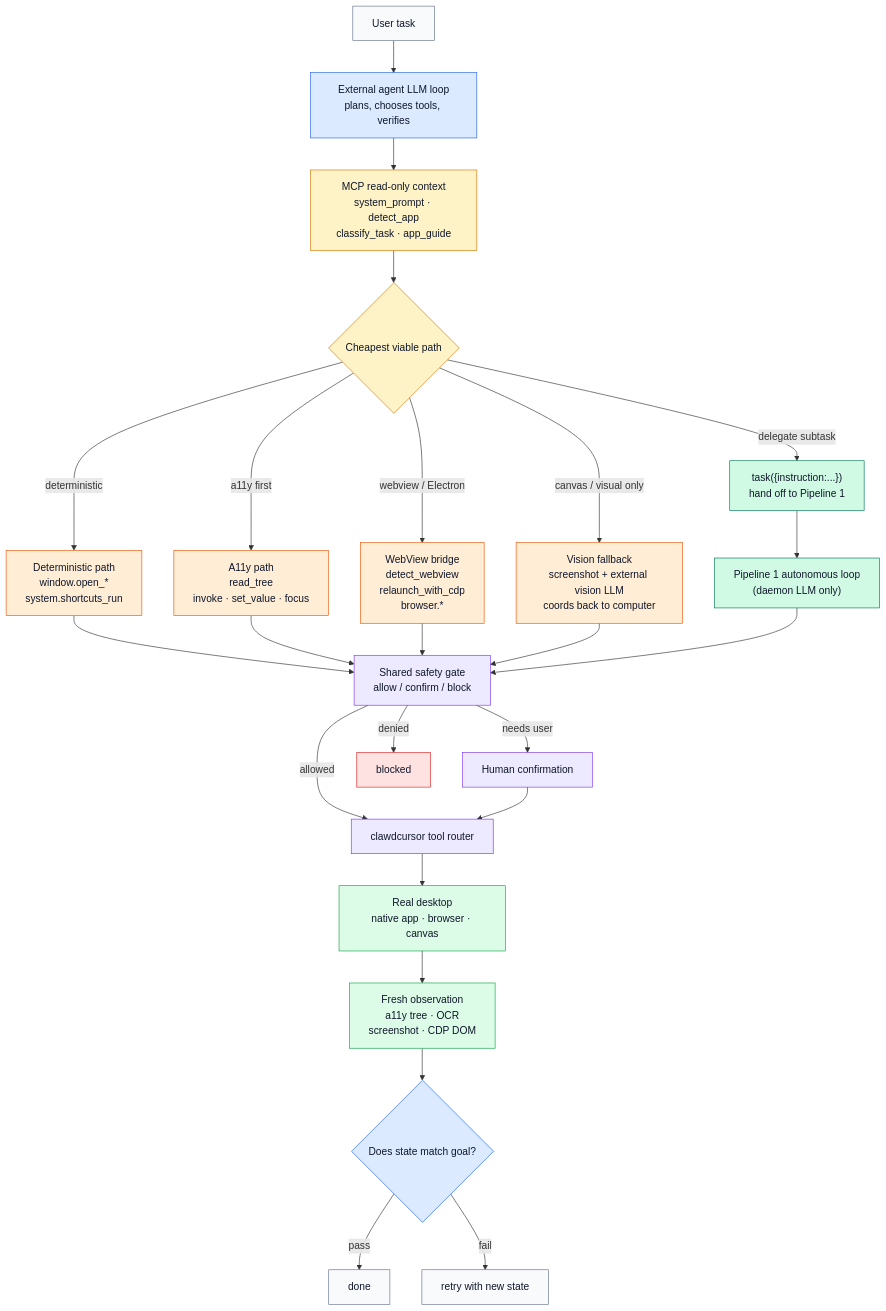
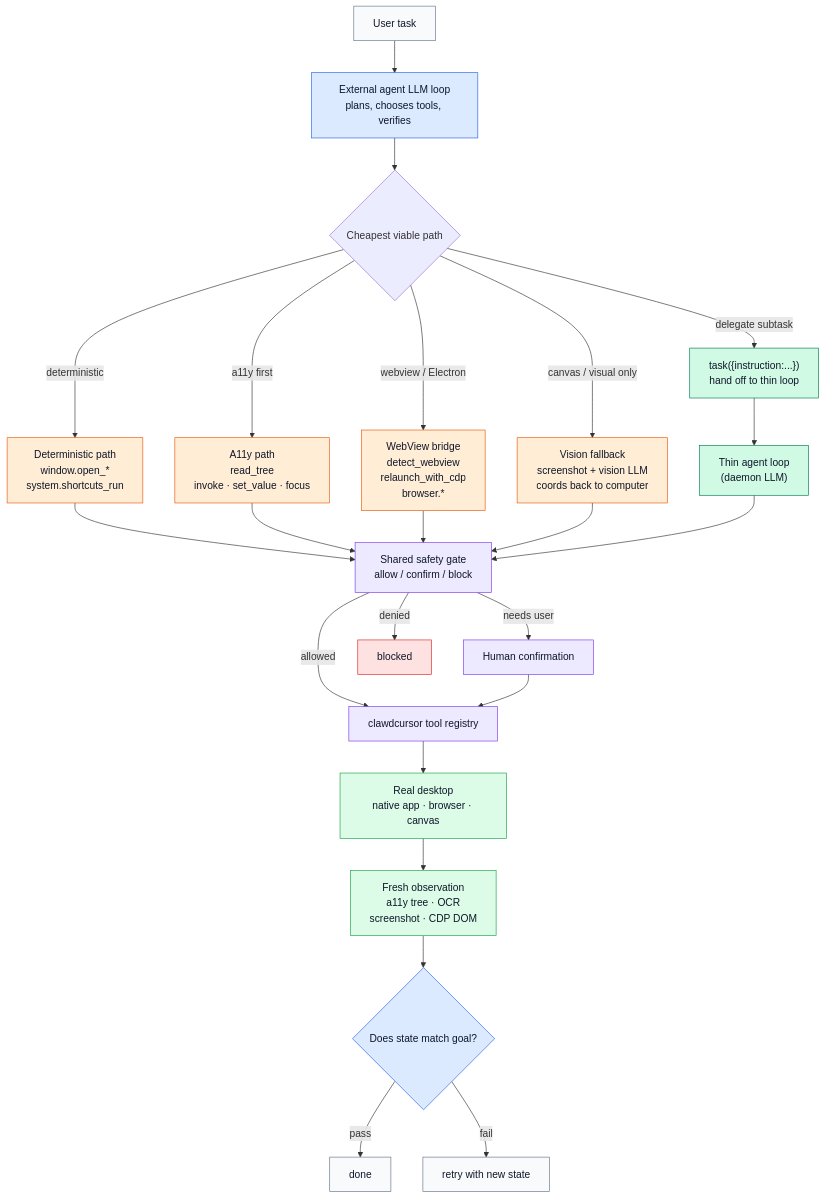
Before and after one commit to AmrDab/clawd-cursor: the diagram in README.md, drawn with Mermaid. The commit also changed other lines of this file and 2 other files, not shown here.

First line of the commit message:
docs: rewrite SKILL/README/CHANGELOG for the no-pipeline architecture

````diff
--- a/README.md
+++ b/README.md
@@ -241,48 +191,45 @@
 ```mermaid
 flowchart TB
     task["User task"] --> loop["External agent LLM loop<br/>plans, chooses tools, verifies"]
-    loop --> context["MCP read-only context<br/>system_prompt · detect_app<br/>classify_task · app_guide"]
-    context --> route{"Cheapest viable path"}
+    loop --> route{"Cheapest viable path"}
 
     route -- deterministic --> shortcut["Deterministic path<br/>window.open_*<br/>system.shortcuts_run"]
     route -- a11y first --> a11y["A11y path<br/>read_tree<br/>invoke · set_value · focus"]
     route -- webview / Electron --> webview["WebView bridge<br/>detect_webview<br/>relaunch_with_cdp<br/>browser.*"]
-    route -- canvas / visual only --> vision["Vision fallback<br/>screenshot + external vision LLM<br/>coords back to computer"]
-    route -- delegate subtask --> handoff["task({instruction:...})<br/>hand off to Pipeline 1"]
+    route -- canvas / visual only --> vision["Vision fallback<br/>screenshot + vision LLM<br/>coords back to computer"]
+    route -- delegate subtask --> handoff["task({instruction:...})<br/>hand off to thin loop"]
 
     shortcut --> safety
     a11y --> safety
     webview --> safety
     vision --> safety
-    handoff --> p1["Pipeline 1 autonomous loop<br/>(daemon LLM only)"]
+    handoff --> p1["Thin agent loop<br/>(daemon LLM)"]
     p1 --> safety
 
-    safety["Shared safety gate<br/>allow / confirm / block"] -- allowed --> tools["clawdcursor tool router"]
+    safety["Shared safety gate<br/>allow / confirm / block"] -- allowed --> tools["clawdcursor tool registry"]
     safety -- needs user --> confirm["Human confirmation"] --> tools
     safety -- denied --> blocked["blocked"]
 
     tools --> desktop["Real desktop<br/>native app · browser · canvas"]
     desktop --> observe["Fresh observation<br/>a11y tree · OCR<br/>screenshot · CDP DOM"]
     observe --> verify{"Does state match goal?"}
 
     verify -- pass --> done["done"]
     verify -- fail --> retry["retry with new state"]
 
     classDef input fill:#f8fafc,stroke:#64748b,color:#0f172a;
     classDef agentNode fill:#dbeafe,stroke:#2563eb,color:#0f172a;
-    classDef contextNode fill:#fef3c7,stroke:#d97706,color:#0f172a;
     classDef gate fill:#ede9fe,stroke:#7c3aed,color:#0f172a;
     classDef desktopNode fill:#dcfce7,stroke:#16a34a,color:#0f172a;
     classDef expensive fill:#ffedd5,stroke:#ea580c,color:#0f172a;
     classDef handoffNode fill:#d1fae5,stroke:#047857,color:#0f172a;
     classDef stop fill:#fee2e2,stroke:#dc2626,color:#0f172a;
 
     class task,done,retry input;
     class loop,verify agentNode;
-    class context,route contextNode;
     class safety,confirm,tools gate;
     class desktop,observe desktopNode;
     class shortcut,a11y,webview,vision expensive;
     class handoff,p1 handoffNode;
     class blocked stop;
 ```
````
